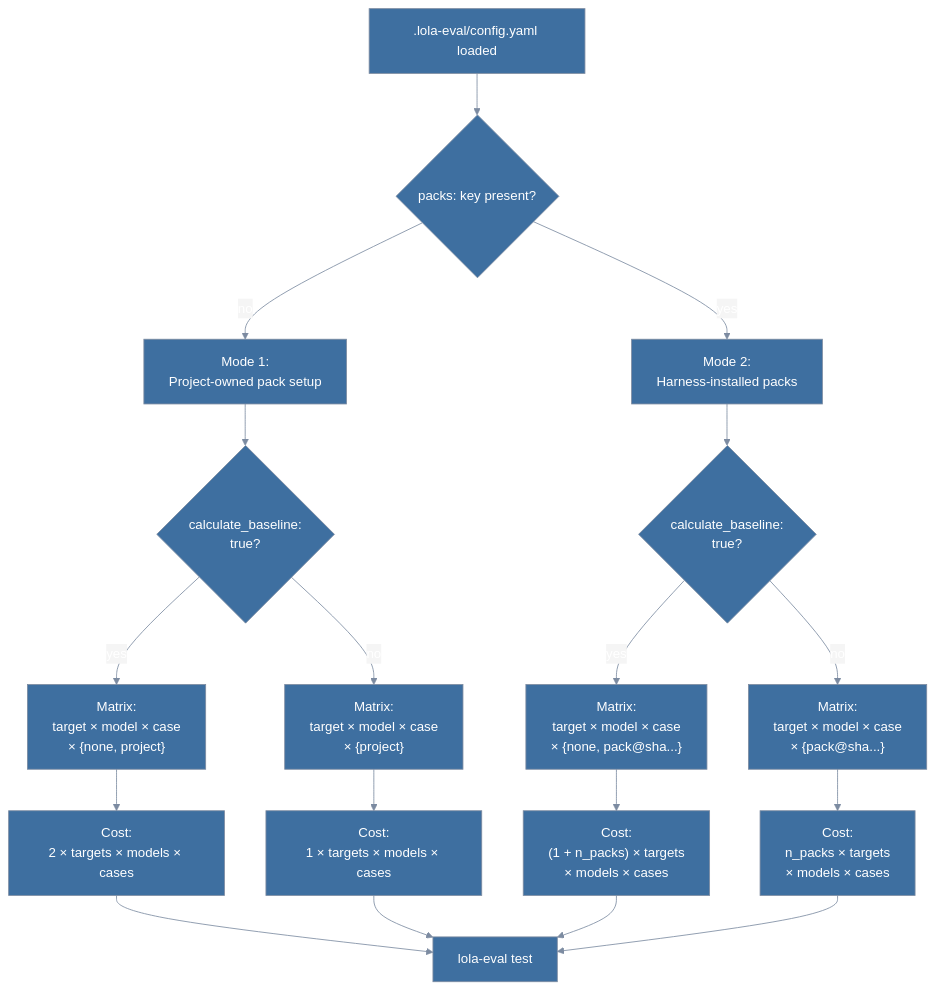
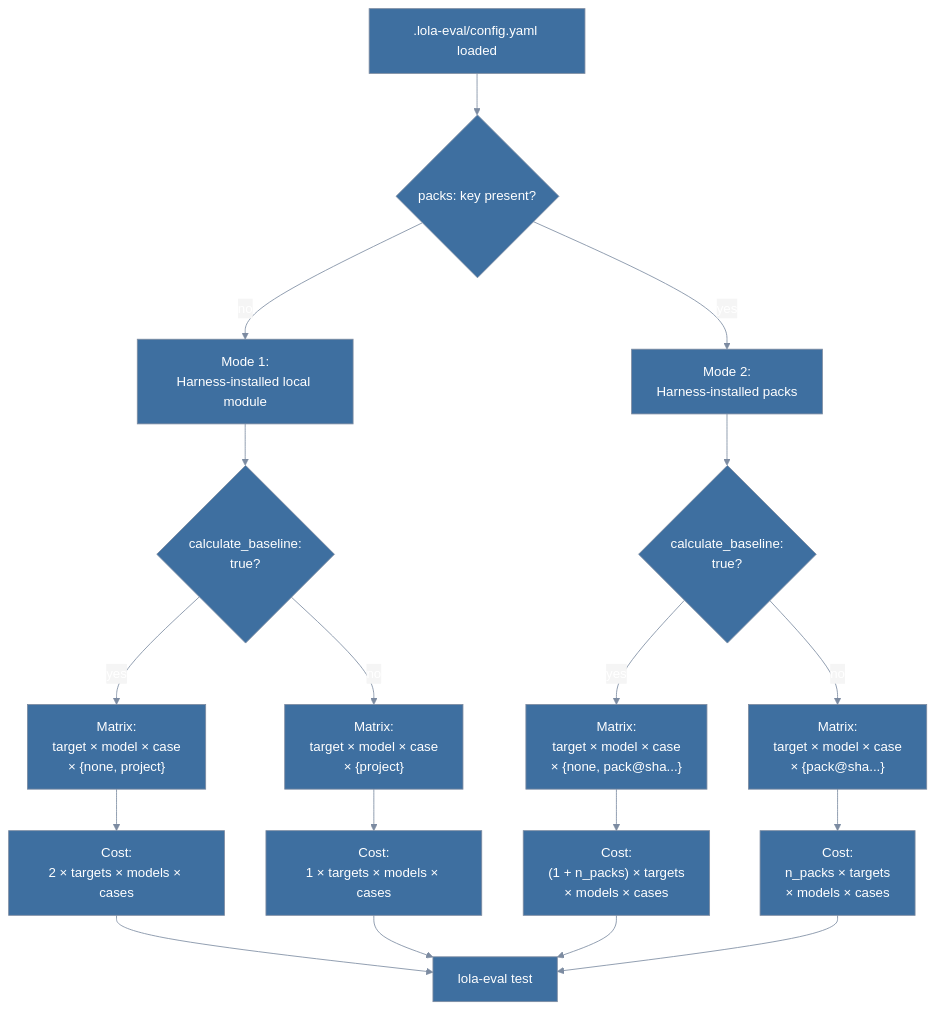
One commit to complytime-labs/lola-eval changed the second of 4 diagrams in docs/walkthrough.md. Above: the diagram before and after it, drawn with Mermaid. The commit also changed other lines of this file and 40 other files, not shown here.

````diff
--- a/docs/walkthrough.md
+++ b/docs/walkthrough.md
@@ -457,34 +512,34 @@
 ```mermaid
 %%{init: {'theme': 'base', 'themeVariables': {
   'primaryColor': '#3e6fa0',
   'primaryTextColor': '#ffffff',
   'primaryBorderColor': '#7c8ba1',
   'lineColor': '#7c8ba1',
   'edgeLabelBackground': '#f5f5f5',
   'fontFamily': 'system-ui, sans-serif',
   'labelTextColor': '#1e1e1e'
 }}}%%
 flowchart TD
   Start[".lola-eval/config.yaml loaded"] --> HasPacks{"packs: key present?"}
   
-  HasPacks -->|no| Mode1["Mode 1:<br/>Project-owned pack setup"]
+  HasPacks -->|no| Mode1["Mode 1:<br/>Harness-installed local module"]
   HasPacks -->|yes| Mode2["Mode 2:<br/>Harness-installed packs"]
   
   Mode1 --> Baseline1{"calculate_baseline:<br/>true?"}
   Baseline1 -->|yes| MatrixMode1A["Matrix:<br/>target × model × case<br/>× {none, project}"]
   Baseline1 -->|no| MatrixMode1B["Matrix:<br/>target × model × case<br/>× {project}"]
   
   Mode2 --> Baseline2{"calculate_baseline:<br/>true?"}
   Baseline2 -->|yes| MatrixMode2A["Matrix:<br/>target × model × case<br/>× {none, pack@sha...}"]
   Baseline2 -->|no| MatrixMode2B["Matrix:<br/>target × model × case<br/>× {pack@sha...}"]
   
   MatrixMode1A --> CostMode1A["Cost:<br/>2 × targets × models × cases"]
   MatrixMode1B --> CostMode1B["Cost:<br/>1 × targets × models × cases"]
   MatrixMode2A --> CostMode2A["Cost:<br/>(1 + n_packs) × targets<br/>× models × cases"]
   MatrixMode2B --> CostMode2B["Cost:<br/>n_packs × targets<br/>× models × cases"]
   
   CostMode1A --> Run[lola-eval test]
   CostMode1B --> Run
   CostMode2A --> Run
   CostMode2B --> Run
 ```
````
